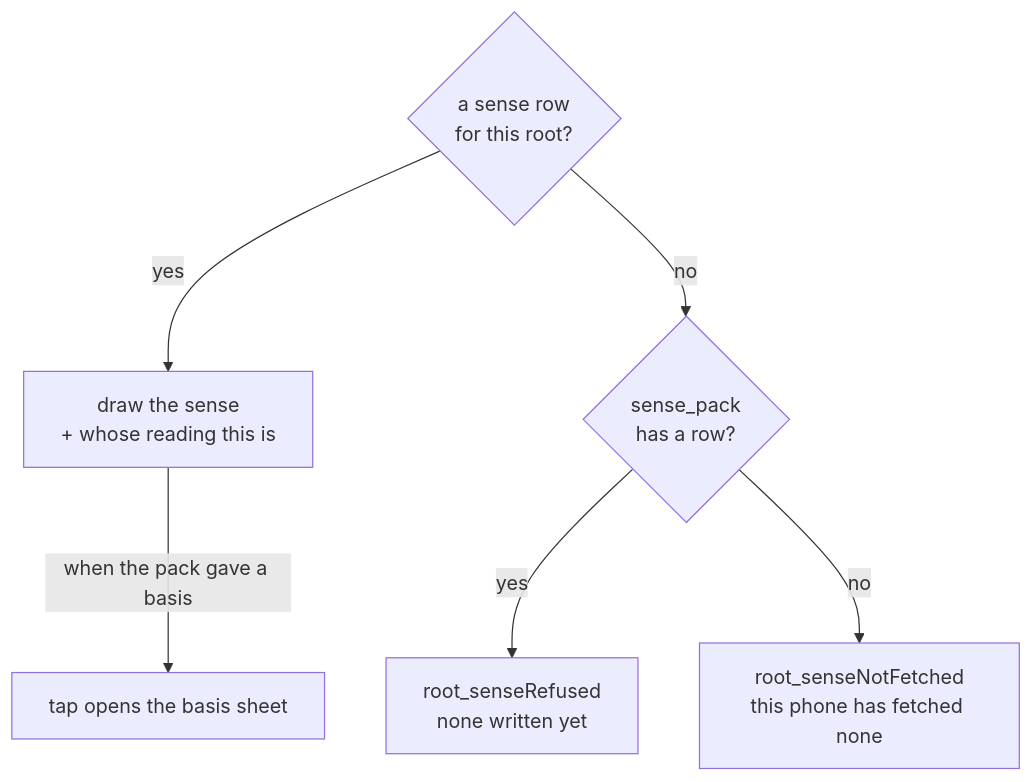
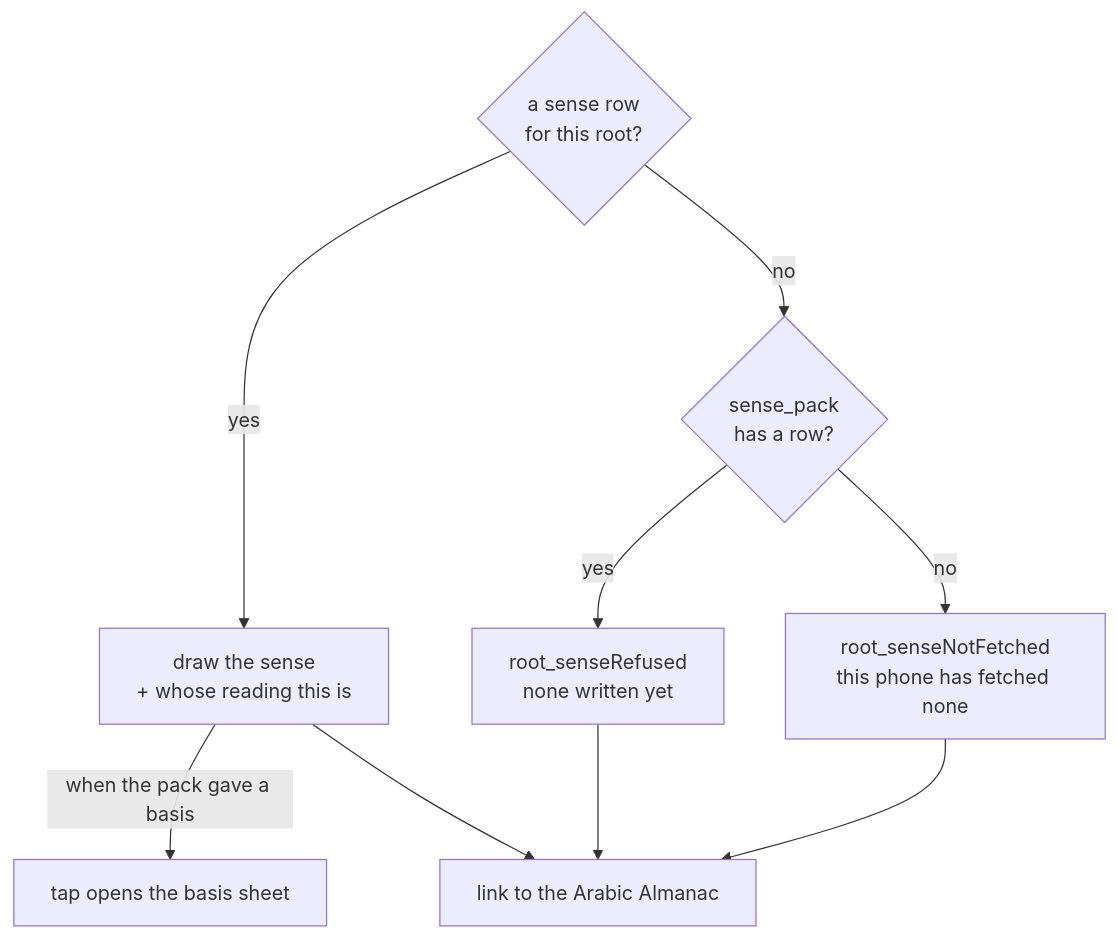
One commit to MohammadBnei/wird changed the fourth of 5 diagrams in docs/architecture/app/senses.md. Above: the diagram before and after it, drawn with Mermaid. The commit also changed other lines of this file and 20 other files, not shown here.

````diff
--- a/docs/architecture/app/senses.md
+++ b/docs/architecture/app/senses.md
@@ -224,8 +224,11 @@
 ```mermaid
 flowchart TD
   A{"a sense row<br/>for this root?"} -->|yes| B["draw the sense<br/>+ whose reading this is"]
   A -->|no| C{"sense_pack<br/>has a row?"}
   C -->|yes| D["root_senseRefused<br/>none written yet"]
   C -->|no| E["root_senseNotFetched<br/>this phone has fetched none"]
   B -->|"when the pack gave a basis"| G["tap opens the basis sheet"]
+  B --> L["link to the Arabic Almanac"]
+  D --> L
+  E --> L
 ```
````
